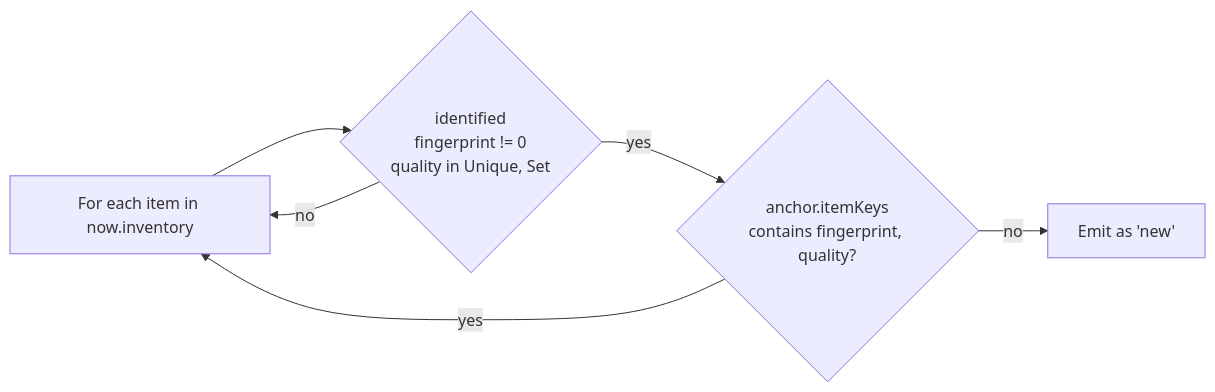
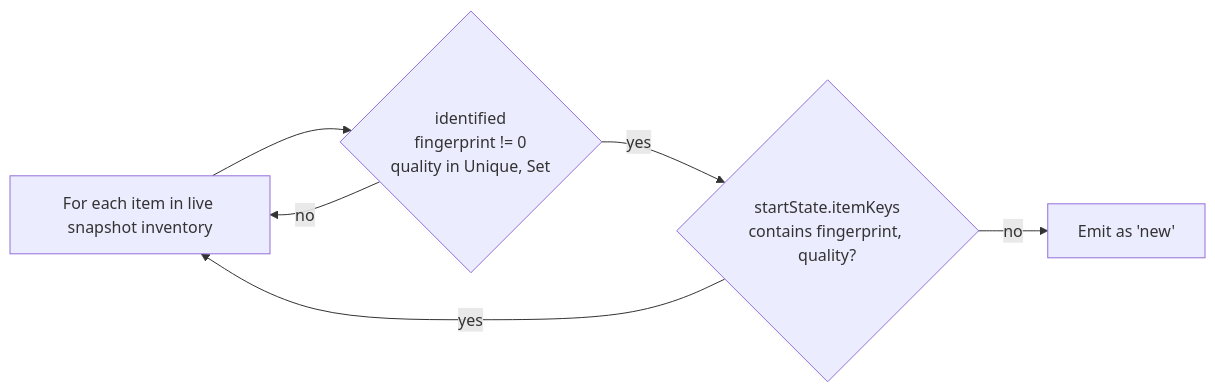
Before and after one commit to kaimeyerdev/d2rsave: the fifth of 6 diagrams in docs/session-logic.md, drawn with Mermaid. The commit also changed other lines of this file, not shown here.

First line of the commit message:
docs: rewrite session-logic.md around the [start, end] window model

````diff
--- a/docs/session-logic.md
+++ b/docs/session-logic.md
@@ -200,8 +158,8 @@
 ```mermaid
 flowchart LR
-    A[For each item in now.inventory] --> B{identified<br/>fingerprint != 0<br/>quality in Unique, Set}
+    A[For each item in live snapshot inventory] --> B{identified<br/>fingerprint != 0<br/>quality in Unique, Set}
     B -->|no| A
-    B -->|yes| C{anchor.itemKeys<br/>contains fingerprint, quality?}
+    B -->|yes| C{startState.itemKeys<br/>contains fingerprint, quality?}
     C -->|yes| A
     C -->|no| D[Emit as 'new']
 ```
````
